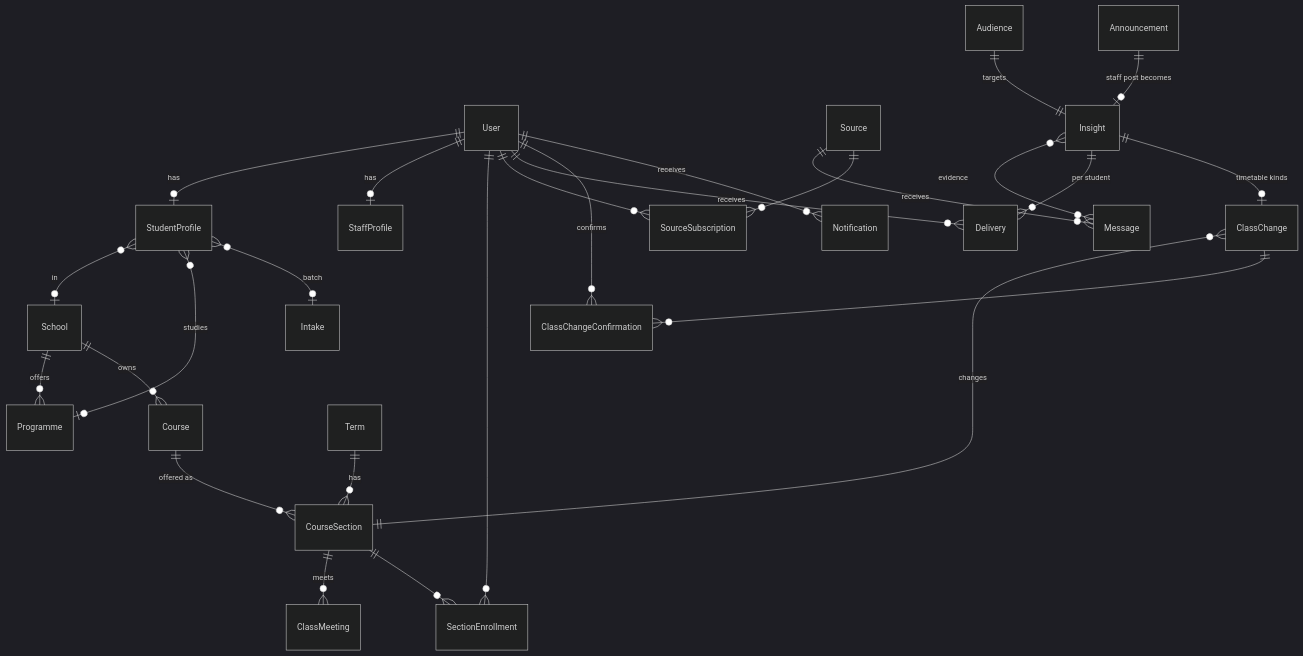
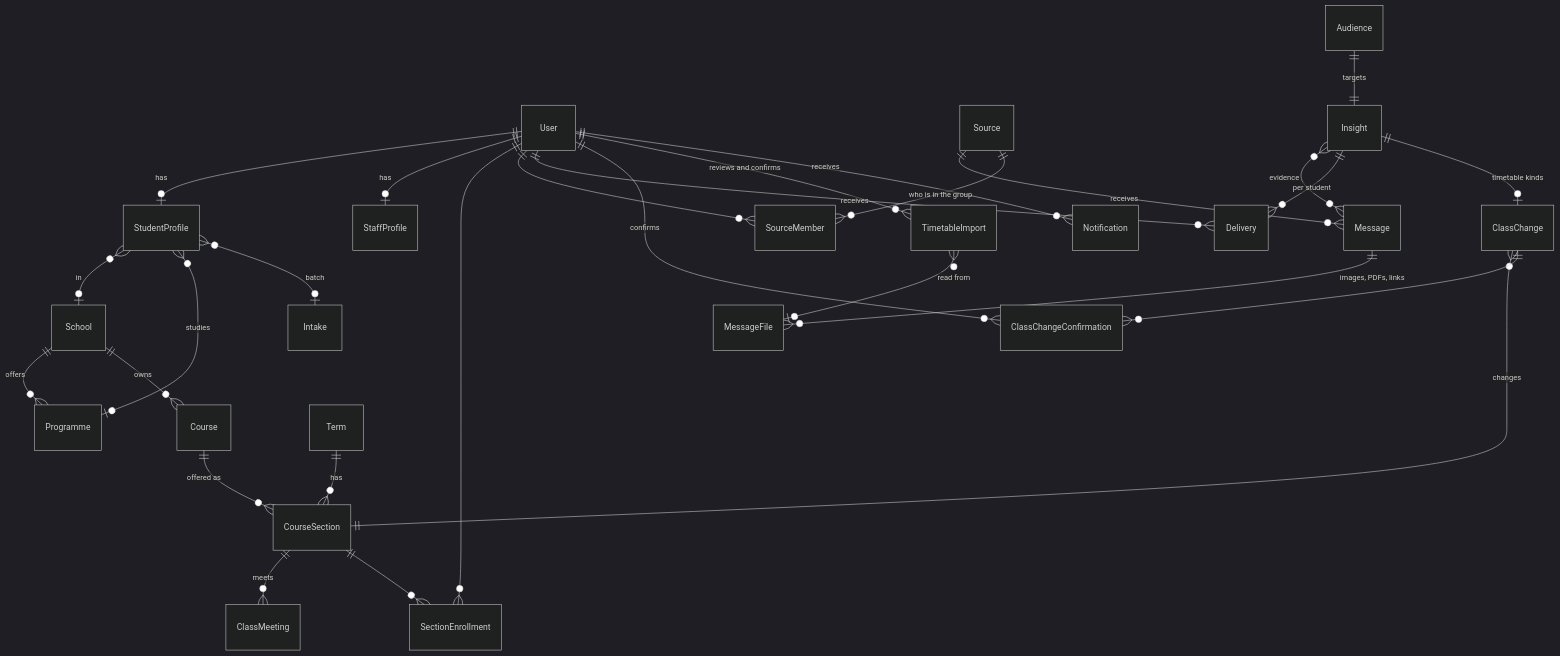
Before and after one commit to AbdulazizTajuMohammedyasin/uni-flow: the diagram in docs/03-data-model.md, drawn with Mermaid (dark theme). The commit also changed other lines of this file and 14 other files, not shown here.

Commit message:
docs: re-evaluate architecture for the ai assistant vision

````diff
--- a/docs/03-data-model.md
+++ b/docs/03-data-model.md
@@ -17,28 +17,30 @@
 ```mermaid
 erDiagram
     User ||--o| StudentProfile : has
     User ||--o| StaffProfile : has
     School ||--o{ Programme : offers
     School ||--o{ Course : owns
     StudentProfile }o--o| School : in
     StudentProfile }o--o| Programme : studies
     StudentProfile }o--o| Intake : "batch"
     Term ||--o{ CourseSection : has
     Course ||--o{ CourseSection : "offered as"
     CourseSection ||--o{ ClassMeeting : meets
     CourseSection ||--o{ SectionEnrollment : ""
     User ||--o{ SectionEnrollment : ""
     Source ||--o{ Message : receives
-    Source ||--o{ SourceSubscription : ""
-    User ||--o{ SourceSubscription : ""
+    Message ||--o{ MessageFile : "images, PDFs, links"
+    Source ||--o{ SourceMember : "who is in the group"
+    User ||--o{ SourceMember : ""
     Insight }o--o{ Message : "evidence"
     Audience ||--|| Insight : targets
     Insight ||--o{ Delivery : "per student"
     User ||--o{ Delivery : receives
     Insight ||--o| ClassChange : "timetable kinds"
     ClassChange }o--|| CourseSection : changes
     ClassChange ||--o{ ClassChangeConfirmation : ""
     User ||--o{ ClassChangeConfirmation : confirms
-    Announcement ||--o| Insight : "staff post becomes"
+    TimetableImport }o--o| MessageFile : "read from"
+    User ||--o{ TimetableImport : "reviews and confirms"
     User ||--o{ Notification : receives
 ```
````
